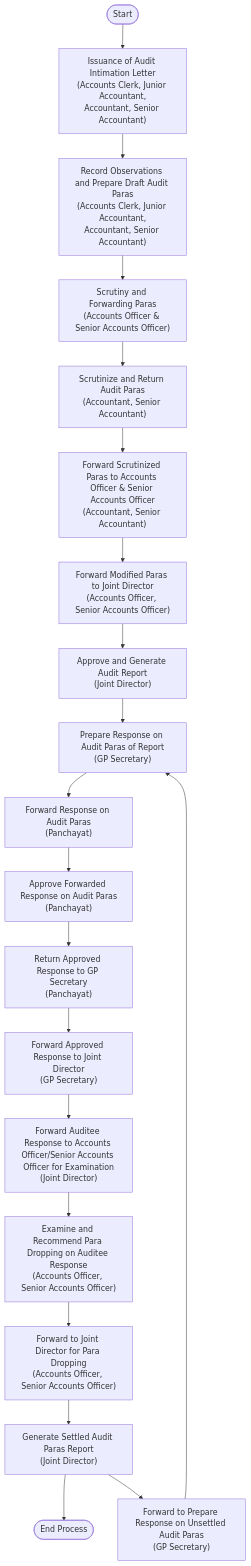
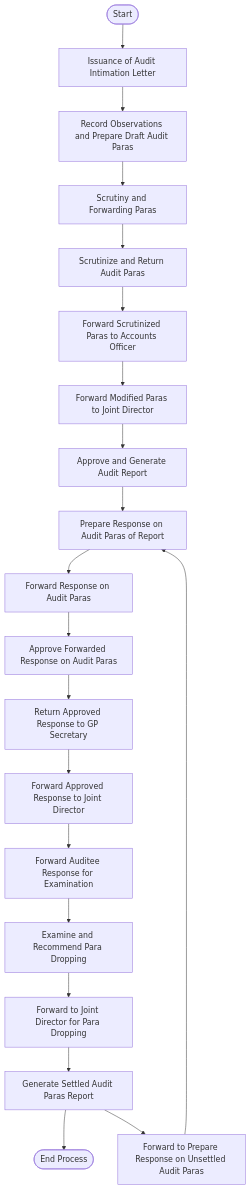
Before and after one commit to sikkimlfa/sikkimlfa.github.io: the diagram in _posts/2026-08-05-lfa-workflow-mermaid.md, drawn with Mermaid. The commit also changed other lines of this file, not shown here.

````diff
--- a/_posts/2026-08-05-lfa-workflow-mermaid.md
+++ b/_posts/2026-08-05-lfa-workflow-mermaid.md
@@ -309,41 +224,43 @@
 ```mermaid
 flowchart TD
     start(["Start"])
-    A["Issuance of Audit Intimation Letter<br>(Accounts Clerk, Junior Accountant,<br>Accountant, Senior Accountant)"]
-    B["Record Observations and Prepare Draft Audit Paras<br>(Accounts Clerk, Junior Accountant,<br>Accountant, Senior Accountant)"]
-    C["Scrutiny and Forwarding Paras<br>(Accounts Officer & Senior Accounts Officer)"]
-    D["Scrutinize and Return Audit Paras<br>(Accountant, Senior Accountant)"]
-    E["Forward Scrutinized Paras to Accounts Officer & Senior Accounts Officer<br>(Accountant, Senior Accountant)"]
-    F["Forward Modified Paras to Joint Director<br>(Accounts Officer, Senior Accounts Officer)"]
-    G["Approve and Generate Audit Report<br>(Joint Director)"]
-    H["Prepare Response on Audit Paras of Report<br>(GP Secretary)"]
-    I["Forward Response on Audit Paras<br>(Panchayat)"]
-    J["Approve Forwarded Response on Audit Paras<br>(Panchayat)"]
-    K["Return Approved Response to GP Secretary<br>(Panchayat)"]
-    L["Forward Approved Response to Joint Director<br>(GP Secretary)"]
-    M["Forward Auditee Response to Accounts Officer/Senior Accounts Officer for Examination<br>(Joint Director)"]
-    N["Examine and Recommend Para Dropping on Auditee Response<br>(Accounts Officer, Senior Accounts Officer)"]
-    O["Forward to Joint Director for Para Dropping<br>(Accounts Officer, Senior Accounts Officer)"]
-    P["Generate Settled Audit Paras Report<br>(Joint Director)"]
-    Q["Forward to Prepare Response on Unsettled Audit Paras<br>(GP Secretary)"]
+    A["Issuance of Audit Intimation Letter"]
+    B["Record Observations and Prepare Draft Audit Paras"]
+    C["Scrutiny and Forwarding Paras"]
+    D["Scrutinize and Return Audit Paras"]
+    E["Forward Scrutinized Paras to Accounts Officer"]
+    F["Forward Modified Paras to Joint Director"]
+    G["Approve and Generate Audit Report"]
+    H["Prepare Response on Audit Paras of Report"]
+    I["Forward Response on Audit Paras"]
+    J["Approve Forwarded Response on Audit Paras"]
+    K["Return Approved Response to GP Secretary"]
+    L["Forward Approved Response to Joint Director"]
+    M["Forward Auditee Response for Examination"]
+    N["Examine and Recommend Para Dropping"]
+    O["Forward to Joint Director for Para Dropping"]
+    P["Generate Settled Audit Paras Report"]
+    Q["Forward to Prepare Response on Unsettled Audit Paras"]
+    endProcess(["End Process"])
 
     start --> A
     A --> B
     B --> C
     C --> D
     D --> E
     E --> F
     F --> G
     G --> H
     H --> I
     I --> J
     J --> K
     K --> L
     L --> M
     M --> N
     N --> O
     O --> P
-    P --> endProcess(["End Process"])
+    P --> endProcess
     P --> Q
     Q --> H
+
 ```
````
